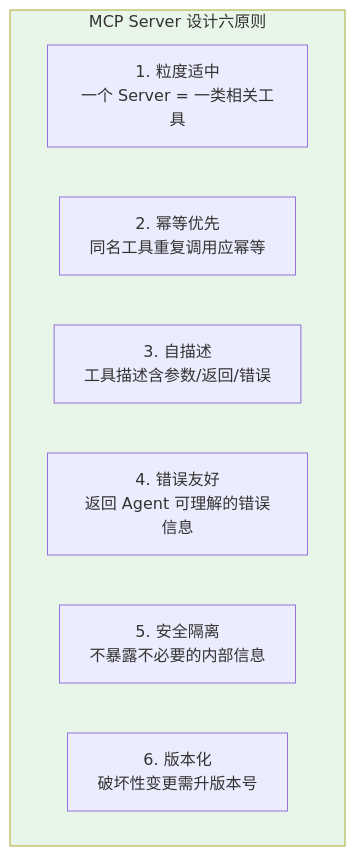
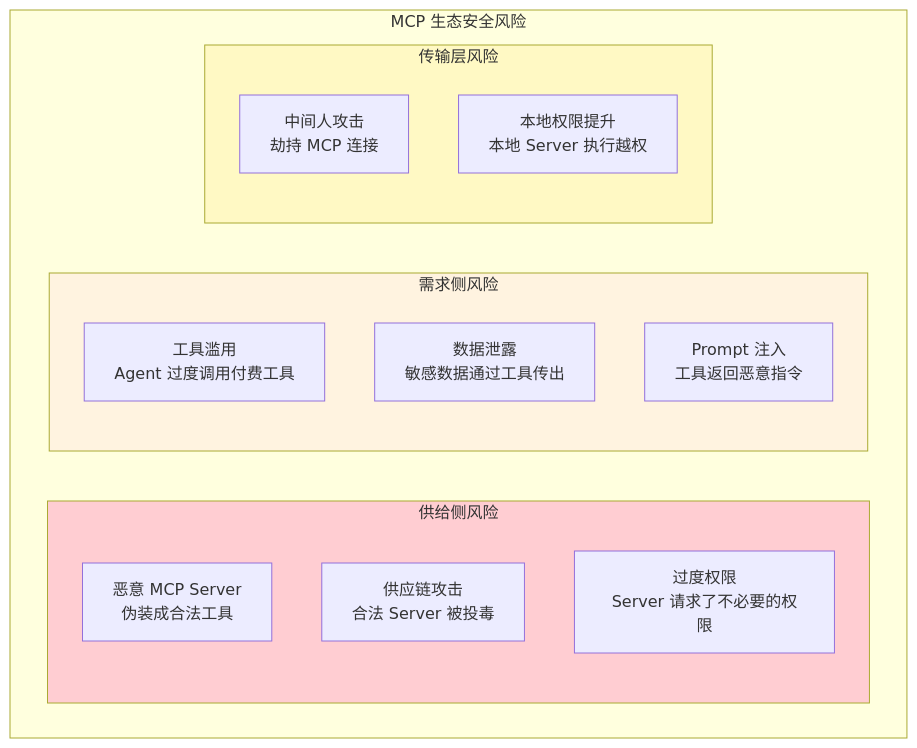
Before and after one commit to UranusGit/java-agent-learn: diagram 18 of 21 in docs/前沿/04-MCP生态全景.md, drawn with Mermaid. The commit also changed other lines of this file and 4 other files, not shown here.

````diff
--- a/docs/前沿/04-MCP生态全景.md
+++ b/docs/前沿/04-MCP生态全景.md
@@ -409,13 +662,25 @@
 ```mermaid
 graph TB
-    subgraph 设计原则["MCP Server 设计六原则"]
-        P1["1. 粒度适中<br/>一个 Server = 一类相关工具"]
-        P2["2. 幂等优先<br/>同名工具重复调用应幂等"]
-        P3["3. 自描述<br/>工具描述含参数/返回/错误"]
-        P4["4. 错误友好<br/>返回 Agent 可理解的错误信息"]
-        P5["5. 安全隔离<br/>不暴露不必要的内部信息"]
-        P6["6. 版本化<br/>破坏性变更需升版本号"]
+    subgraph 风险["MCP 生态安全风险"]
+        subgraph 供给侧["供给侧风险"]
+            R1["恶意 MCP Server<br/>伪装成合法工具"]
+            R2["供应链攻击<br/>合法 Server 被投毒"]
+            R3["过度权限<br/>Server 请求了不必要的权限"]
+        end
+
+        subgraph 需求侧["需求侧风险"]
+            R4["工具滥用<br/>Agent 过度调用付费工具"]
+            R5["数据泄露<br/>敏感数据通过工具传出"]
+            R6["Prompt 注入<br/>工具返回恶意指令"]
+        end
+
+        subgraph 传输层["传输层风险"]
+            R7["中间人攻击<br/>劫持 MCP 连接"]
+            R8["本地权限提升<br/>本地 Server 执行越权"]
+        end
     end
 
-    style 设计原则 fill:#e8f5e9
+    style 供给侧 fill:#ffcdd2
+    style 需求侧 fill:#fff3e0
+    style 传输层 fill:#fff9c4
 ```
````
